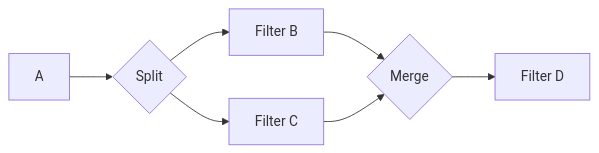
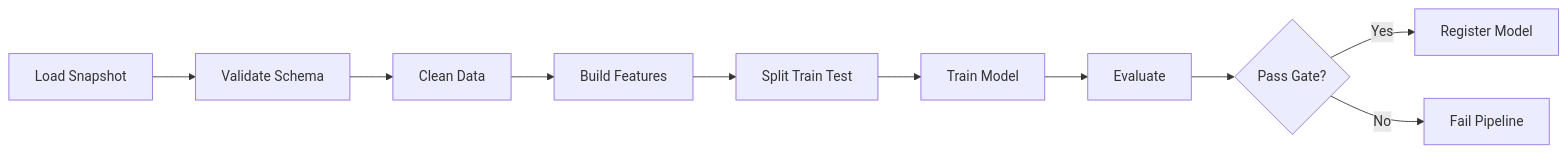
One commit to tuandung222/software-architecture-foundation changed the second of 5 diagrams in docs/05-fundamental-styles/04-pipeline-architecture.md. Above: the diagram before and after it, drawn with Mermaid. The commit also changed other lines of this file and 61 other files, not shown here.

Commit message:
Improve architecture curriculum for data scientists

````diff
--- a/docs/05-fundamental-styles/04-pipeline-architecture.md
+++ b/docs/05-fundamental-styles/04-pipeline-architecture.md
@@ -235,9 +160,12 @@
 ```mermaid
 flowchart LR
-    A --> S{Split}
-    S --> B[Filter B]
-    S --> C[Filter C]
-    B --> M{Merge}
-    C --> M
-    M --> D[Filter D]
+    A[Load Snapshot] --> B[Validate Schema]
+    B --> C[Clean Data]
+    C --> D[Build Features]
+    D --> E[Split Train Test]
+    E --> F[Train Model]
+    F --> G[Evaluate]
+    G --> H{Pass Gate?}
+    H -->|Yes| I[Register Model]
+    H -->|No| J[Fail Pipeline]
 ```
````
